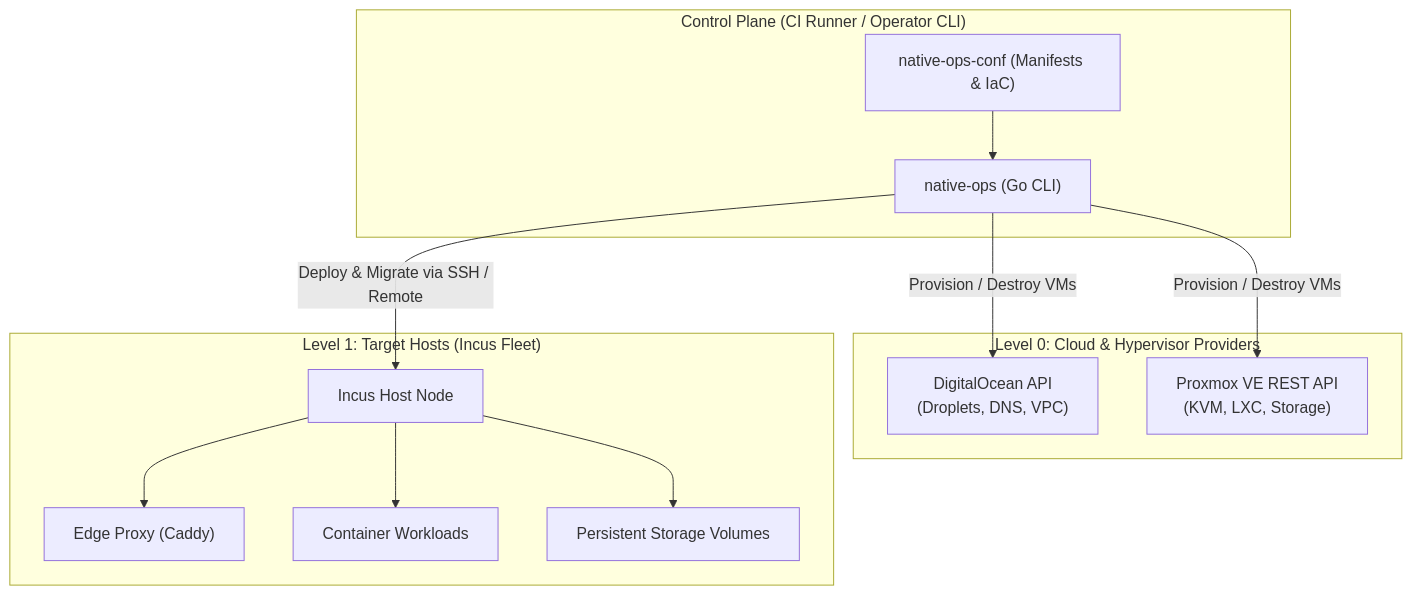
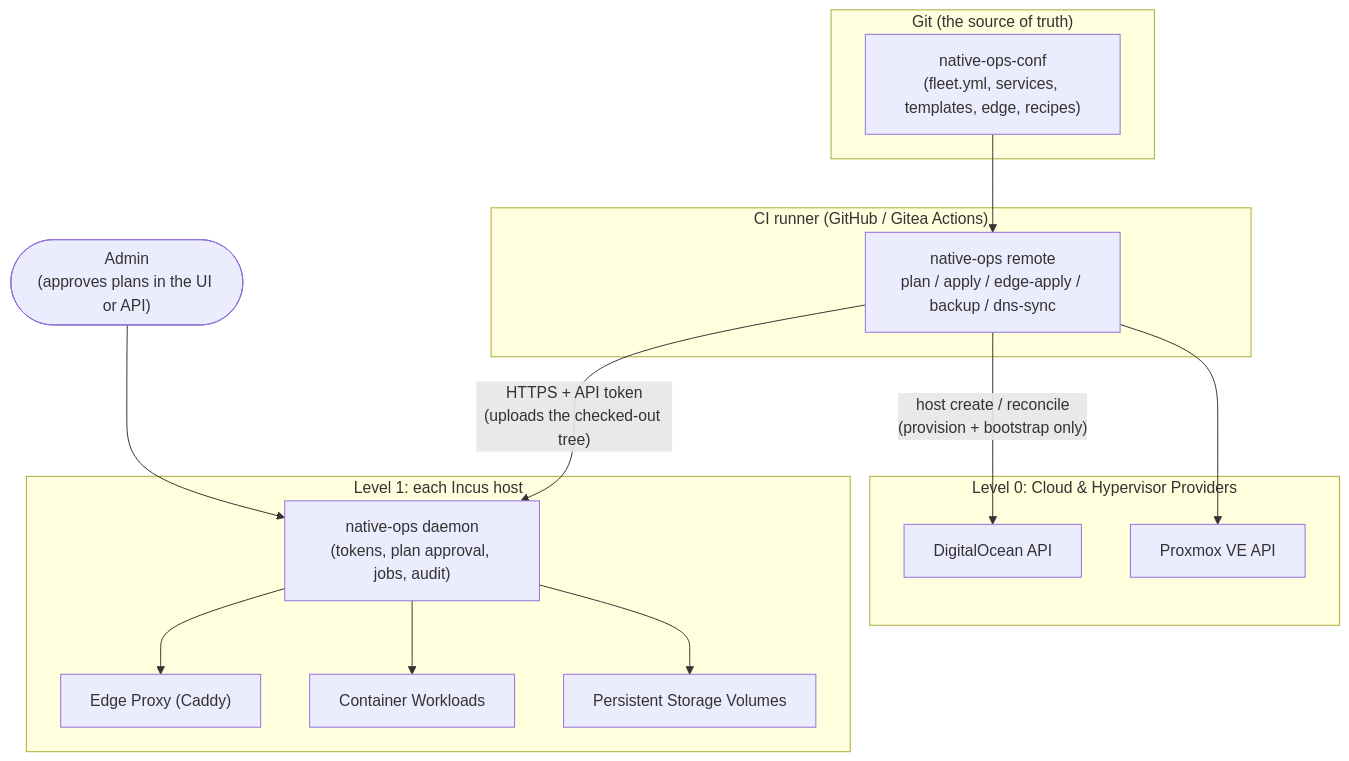
The diagram in README.md (theta42/native-ops), drawn with Mermaid before and after one commit. The commit also changed other lines of this file and 16 other files, not shown here.

````diff
--- a/README.md
+++ b/README.md
@@ -25,27 +25,33 @@
 ```mermaid
 flowchart TD
-    subgraph ControlPlane ["Control Plane (CI Runner / Operator CLI)"]
-        NO["native-ops (Go CLI)"]
-        CONF["native-ops-conf (Manifests & IaC)"]
+    subgraph Git ["Git (the source of truth)"]
+        CONF["native-ops-conf\n(fleet.yml, services, templates, edge, recipes)"]
+    end
+
+    subgraph CI ["CI runner (GitHub / Gitea Actions)"]
+        CLI["native-ops remote\nplan / apply / edge-apply / backup / dns-sync"]
     end
 
     subgraph L0 ["Level 0: Cloud & Hypervisor Providers"]
-        DO["DigitalOcean API\n(Droplets, DNS, VPC)"]
-        PVE["Proxmox VE REST API\n(KVM, LXC, Storage)"]
+        DO["DigitalOcean API"]
+        PVE["Proxmox VE API"]
     end
 
-    subgraph L1 ["Level 1: Target Hosts (Incus Fleet)"]
-        HOST["Incus Host Node"]
+    subgraph L1 ["Level 1: each Incus host"]
+        D["native-ops daemon\n(tokens, plan approval, jobs, audit)"]
         EDGE["Edge Proxy (Caddy)"]
         CONTAINERS["Container Workloads"]
         VOLUMES["Persistent Storage Volumes"]
     end
 
-    CONF --> NO
-    NO -->|Provision / Destroy VMs| DO
-    NO -->|Provision / Destroy VMs| PVE
-    NO -->|Deploy & Migrate via SSH / Remote| HOST
-    HOST --> EDGE
-    HOST --> CONTAINERS
-    HOST --> VOLUMES
+    ADMIN(["Admin\n(approves plans in the UI or API)"])
+
+    CONF --> CLI
+    CLI -->|"HTTPS + API token\n(uploads the checked-out tree)"| D
+    CLI -->|"host create / reconcile\n(provision + bootstrap only)"| DO
+    CLI --> PVE
+    ADMIN --> D
+    D --> EDGE
+    D --> CONTAINERS
+    D --> VOLUMES
 ```
````
